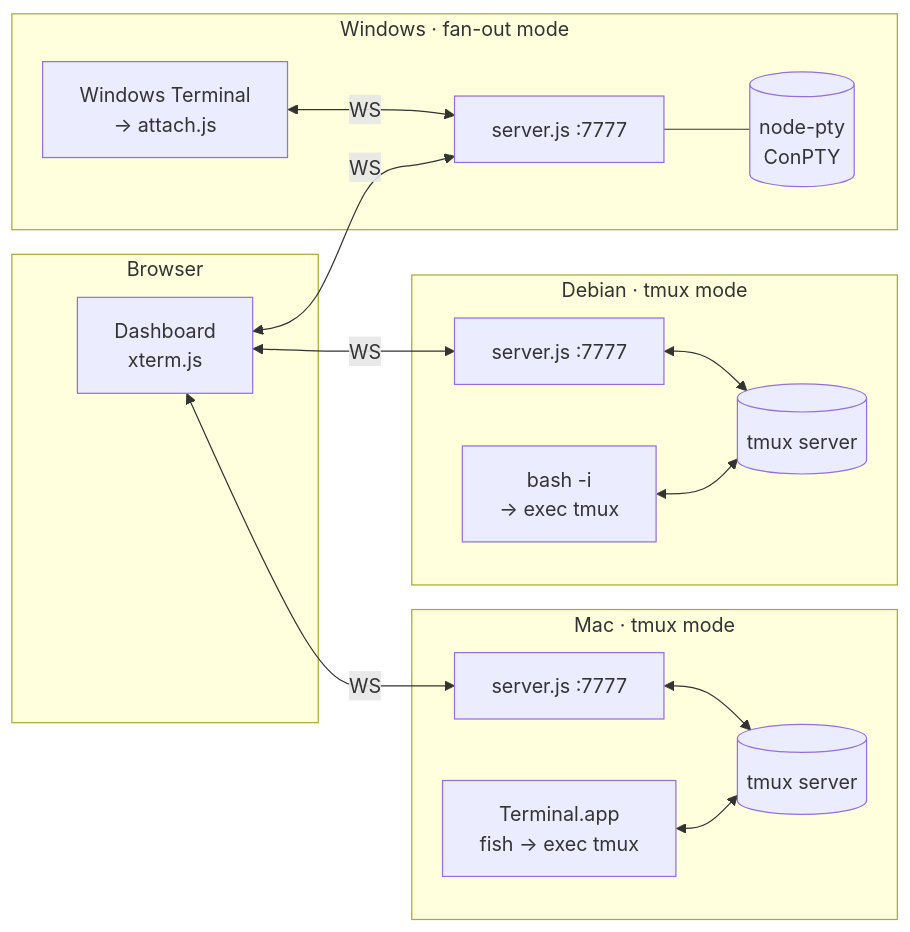
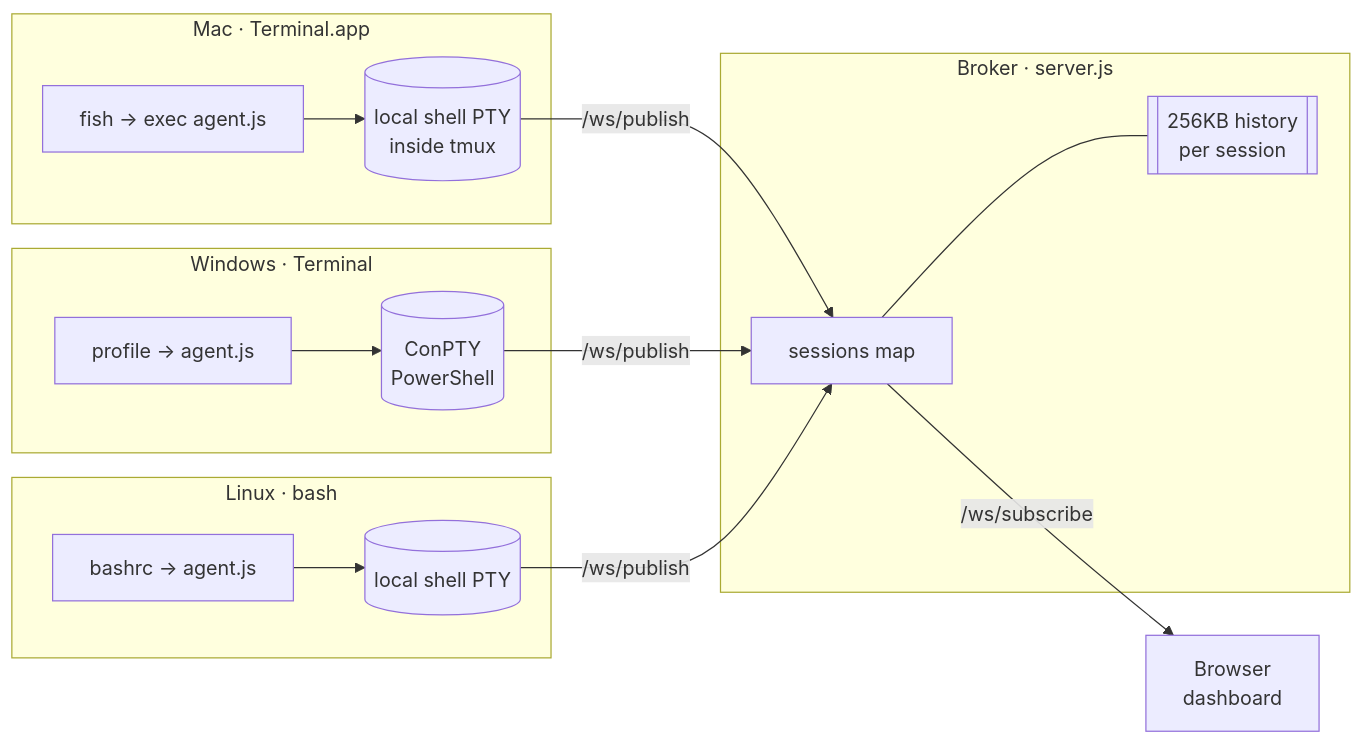
One commit to quake0day/term-hub changed the diagram in README.md. Above: the diagram before and after it, drawn with Mermaid. The commit also changed other lines of this file and 7 other files, not shown here.

````diff
--- a/README.md
+++ b/README.md
@@ -46,30 +57,27 @@
 ```mermaid
 flowchart LR
-    subgraph Browser
-        D[Dashboard<br/>xterm.js]
+    subgraph Mac[Mac · Terminal.app]
+        F1[fish → exec agent.js]
+        P1[(local shell PTY<br/>inside tmux)]
+        F1 --> P1
     end
-    subgraph Mac[Mac · tmux mode]
-        S1[server.js :7777]
-        T1[(tmux server)]
-        N1[Terminal.app<br/>fish → exec tmux]
-        S1 <--> T1
-        N1 <--> T1
+    subgraph Win[Windows · Terminal]
+        F2[profile → agent.js]
+        P2[(ConPTY<br/>PowerShell)]
+        F2 --> P2
     end
-    subgraph Linux[Debian · tmux mode]
-        S2[server.js :7777]
-        T2[(tmux server)]
-        N2[bash -i<br/>→ exec tmux]
-        S2 <--> T2
-        N2 <--> T2
+    subgraph Linux[Linux · bash]
+        F3[bashrc → agent.js]
+        P3[(local shell PTY)]
+        F3 --> P3
     end
-    subgraph Windows[Windows · fan-out mode]
-        S3[server.js :7777]
-        P3[(node-pty<br/>ConPTY)]
-        N3[Windows Terminal<br/>→ attach.js]
-        S3 --- P3
-        N3 <-->|WS| S3
+    subgraph Broker[Broker · server.js]
+        S[sessions map]
+        H[[256KB history<br/>per session]]
+        S --- H
     end
-    D <-->|WS| S1
-    D <-->|WS| S2
-    D <-->|WS| S3
+    P1 -- /ws/publish --> S
+    P2 -- /ws/publish --> S
+    P3 -- /ws/publish --> S
+    S -- /ws/subscribe --> Browser[Browser<br/>dashboard]
 ```
````
